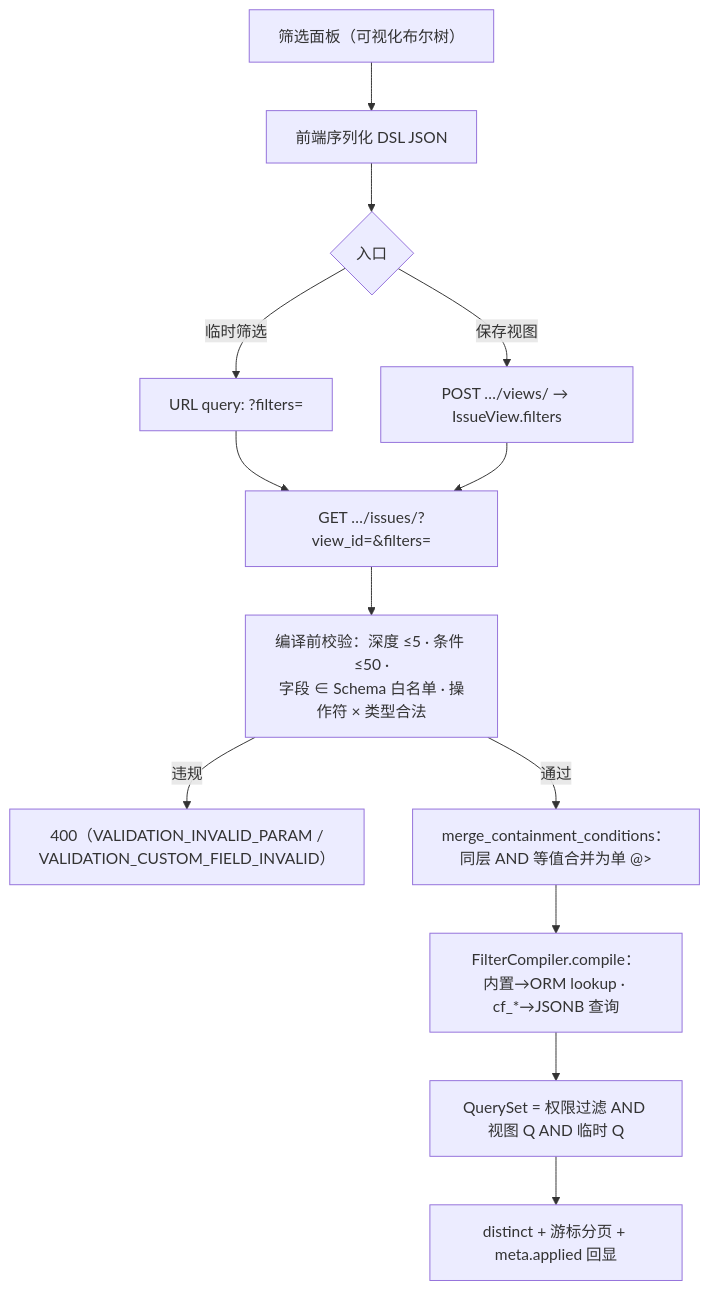
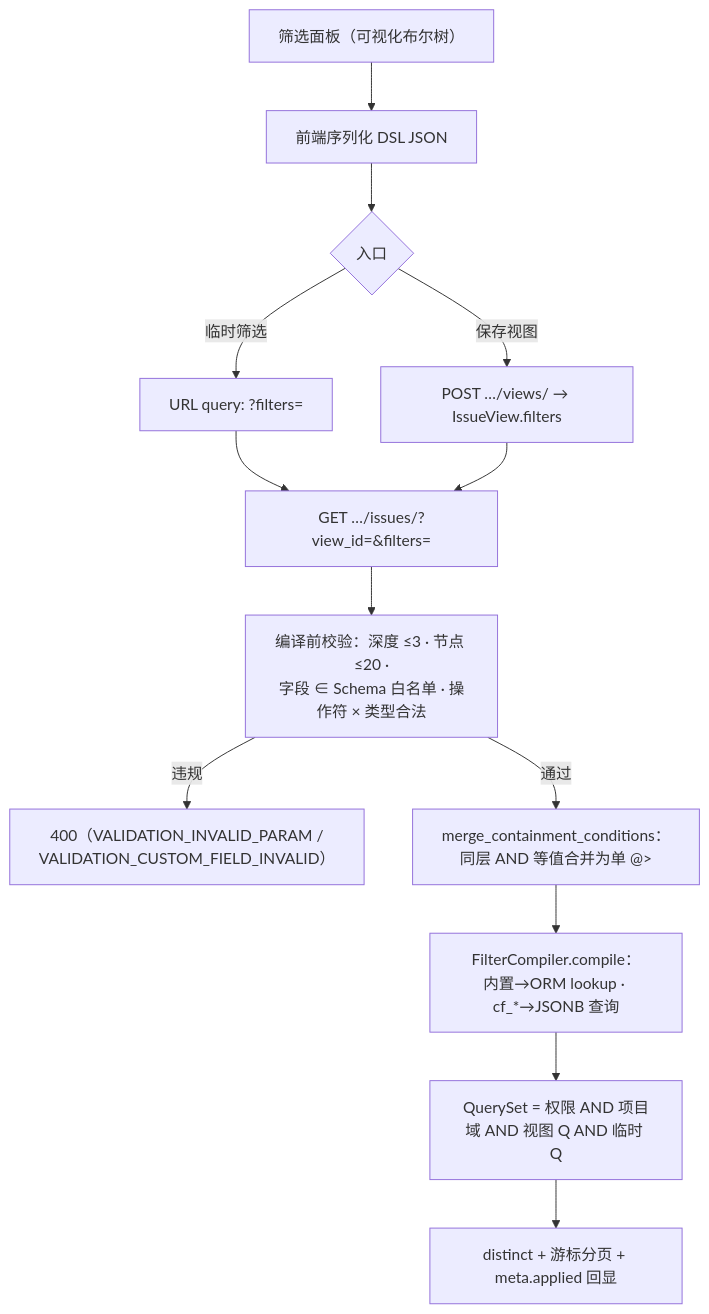
The second of 3 diagrams in docs/sprint-3-views-collab/TASK-011-advanced-filter.md (RabbitAI-Lab/RabbitProjects), drawn with Mermaid before and after one commit. The commit also changed other lines of this file and 1 other file, not shown here.

````diff
--- a/docs/sprint-3-views-collab/TASK-011-advanced-filter.md
+++ b/docs/sprint-3-views-collab/TASK-011-advanced-filter.md
@@ -130,15 +136,15 @@
 ```mermaid
 flowchart TD
     A["筛选面板（可视化布尔树）"] --> B["前端序列化 DSL JSON"]
     B --> C{"入口"}
     C -->|"临时筛选"| D["URL query: ?filters=<urlencode json>"]
     C -->|"保存视图"| E["POST …/views/ → IssueView.filters"]
     D --> F["GET …/issues/?view_id=<vid>&filters=<json>"]
     E --> F
-    F --> G["编译前校验：深度 ≤5 · 条件 ≤50 ·<br/>字段 ∈ Schema 白名单 · 操作符 × 类型合法"]
+    F --> G["编译前校验：深度 ≤3 · 节点 ≤20 ·<br/>字段 ∈ Schema 白名单 · 操作符 × 类型合法"]
     G -->|"违规"| G1["400（VALIDATION_INVALID_PARAM /<br/>VALIDATION_CUSTOM_FIELD_INVALID）"]
     G -->|"通过"| H["merge_containment_conditions：<br/>同层 AND 等值合并为单 @>"]
     H --> I["FilterCompiler.compile：<br/>内置→ORM lookup · cf_*→JSONB 查询"]
-    I --> J["QuerySet = 权限过滤 AND 视图 Q AND 临时 Q"]
+    I --> J["QuerySet = 权限 AND 项目域 AND 视图 Q AND 临时 Q"]
     J --> K["distinct + 游标分页 + meta.applied 回显"]
 ```
````
